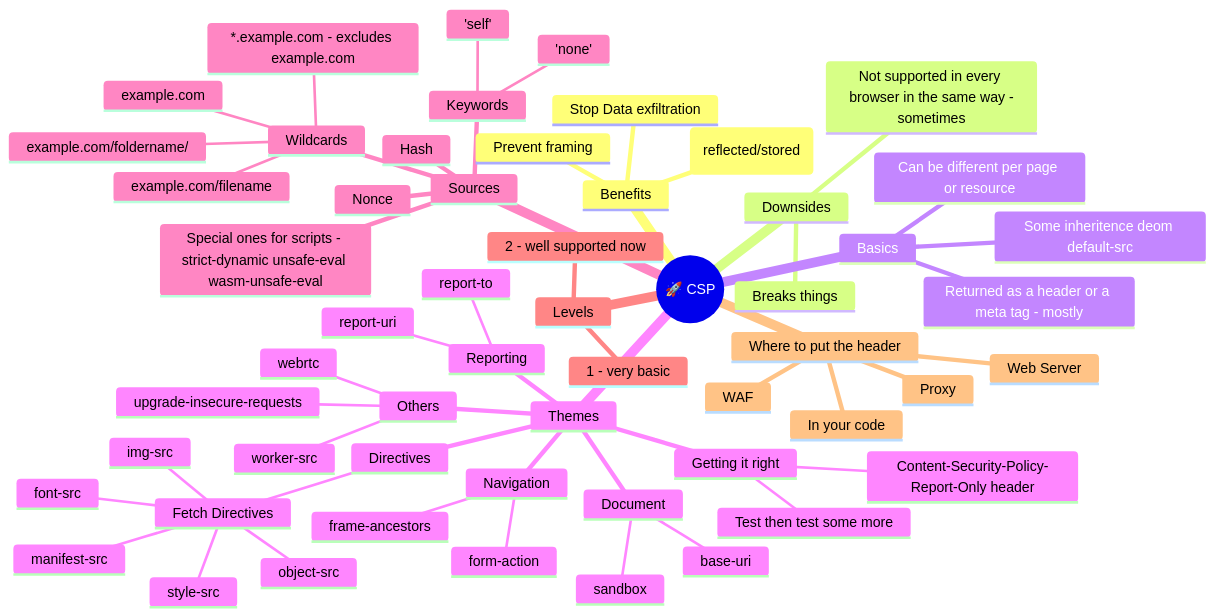
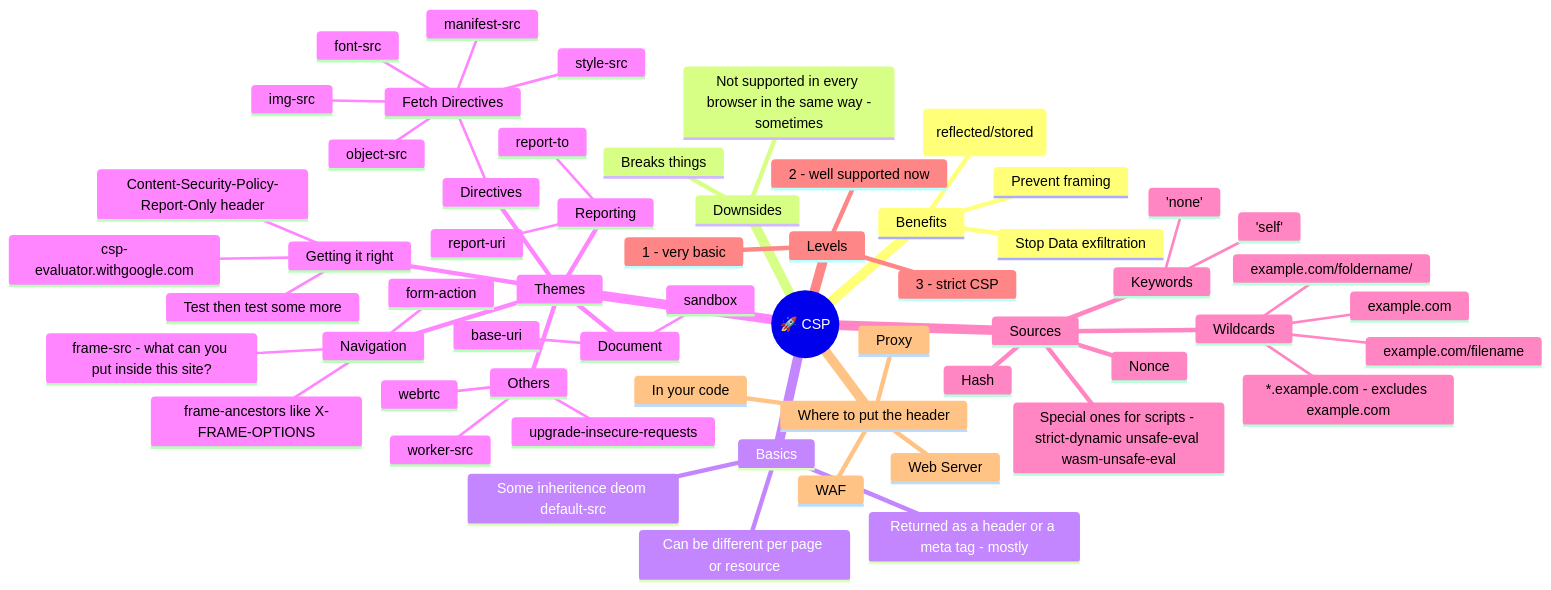
The diagram in csp.md (gitstua/Mindmaps), drawn with Mermaid before and after one commit.

````diff
--- a/csp.md
+++ b/csp.md
@@ -3,61 +3,64 @@
 ```mermaid
 mindmap
   root((🚀 CSP ))
     Benefits
       XSS (reflected/stored)
       Stop Data exfiltration
       Prevent framing
     Downsides
       Breaks things
       Not supported in every browser in the same way -sometimes
     Basics
       Returned as a header or a meta tag - mostly
       Can be different per page or resource
       Some inheritence deom default-src
     Themes
       Directives
         Fetch Directives
           manifest-src
           img-src
           font-src
           object-src
           style-src
       Navigation
-        frame-ancestors
+        frame-ancestors like X-FRAME-OPTIONS
+        frame-src - what can you put inside this site?
         form-action
       Reporting
         report-uri
         report-to
       Document
         sandbox
         base-uri
       Others
         worker-src
         webrtc
         upgrade-insecure-requests
       Getting it right
         Content-Security-Policy-Report-Only header
         Test then test some more
+        csp-evaluator.withgoogle.com
     Sources
       Keywords
         'self'
         'none'
       Hash
       Nonce
       Wildcards
         *.example.com - excludes example.com
         example.com
         example.com/filename
         example.com/foldername/
       Special ones for scripts - strict-dynamic unsafe-eval wasm-unsafe-eval
     Levels
       1 - very basic
       2 - well supported now
+      3 - strict CSP
     Where to put the header
       In your code
       Web Server
       WAF
       Proxy
       
         
 ```
````
